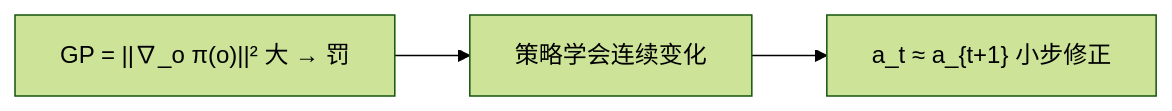
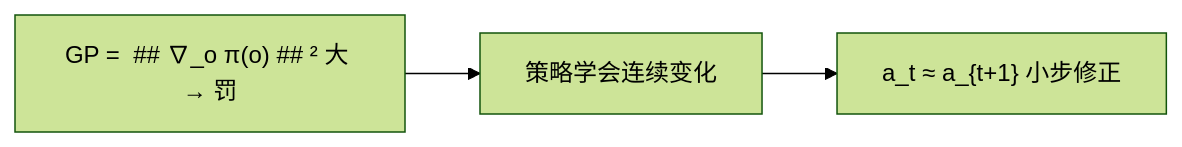
One commit to ImChong/Humanoid_Robot_Learning_Paper_Notebooks changed the fourth of 4 diagrams in papers/01_Foundational_RL/LCP_Sim-to-Real_Action_Smoothing/LCP_Sim-to-Real_Action_Smoothing.md. Above: the diagram before and after it, drawn with Mermaid (forest theme). The commit also changed other lines of this file and 26 other files, not shown here.

First line of the commit message:
chore(Mermaid): 全量适配论文笔记流程图至 KaTeX 渲染规范

```diff
--- a/papers/01_Foundational_RL/LCP_Sim-to-Real_Action_Smoothing/LCP_Sim-to-Real_Action_Smoothing.md
+++ b/papers/01_Foundational_RL/LCP_Sim-to-Real_Action_Smoothing/LCP_Sim-to-Real_Action_Smoothing.md
@@ -262,5 +262,5 @@
 <div class="mermaid">
 flowchart LR
-    GP["GP = ||∇_o π(o)||² 大 → 罚"] --> SMOOTH["策略学会连续变化"]
+    GP["GP =  ## ∇_o π(o) ## ² 大 → 罚"] --> SMOOTH["策略学会连续变化"]
     SMOOTH --> A["a_t ≈ a_{t+1} 小步修正"]
 </div>
```
